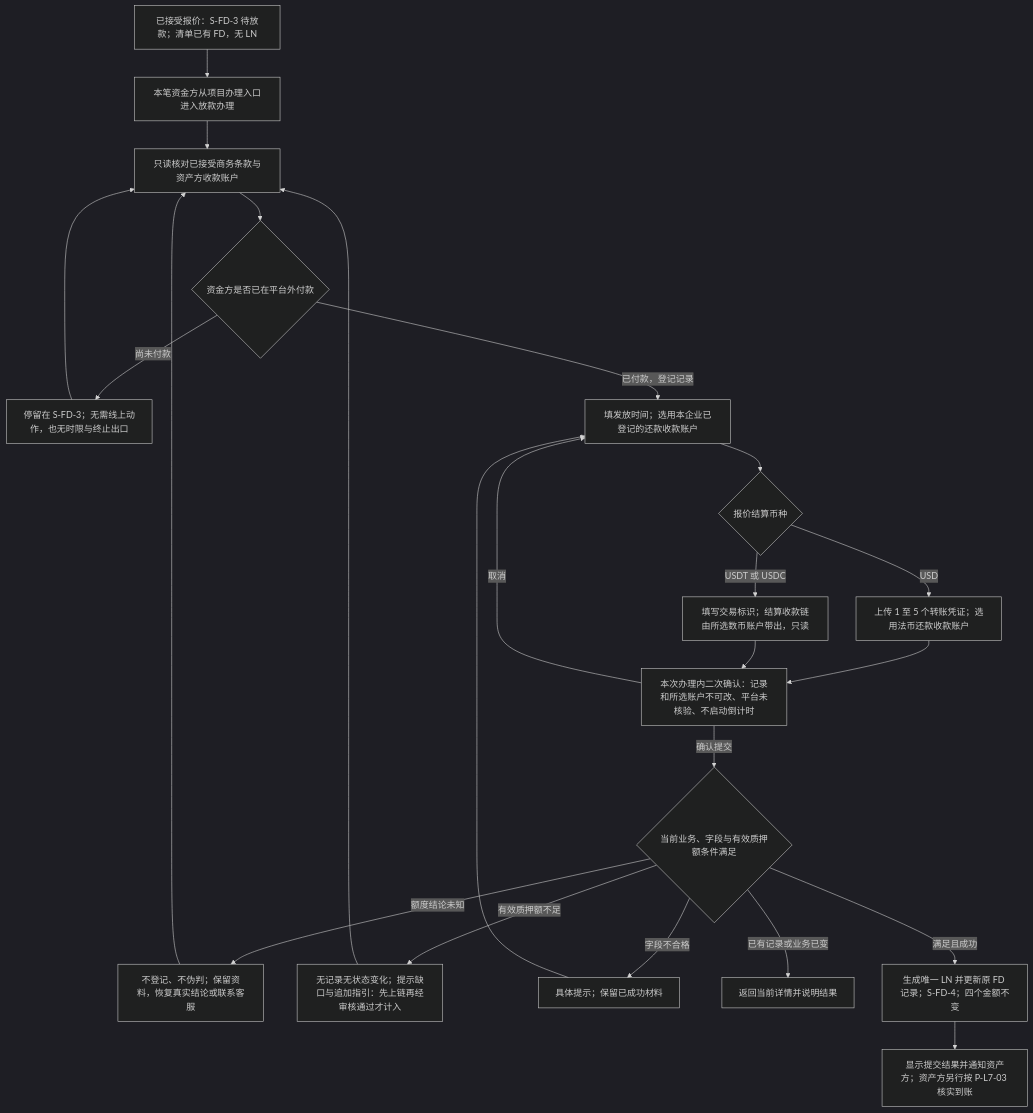
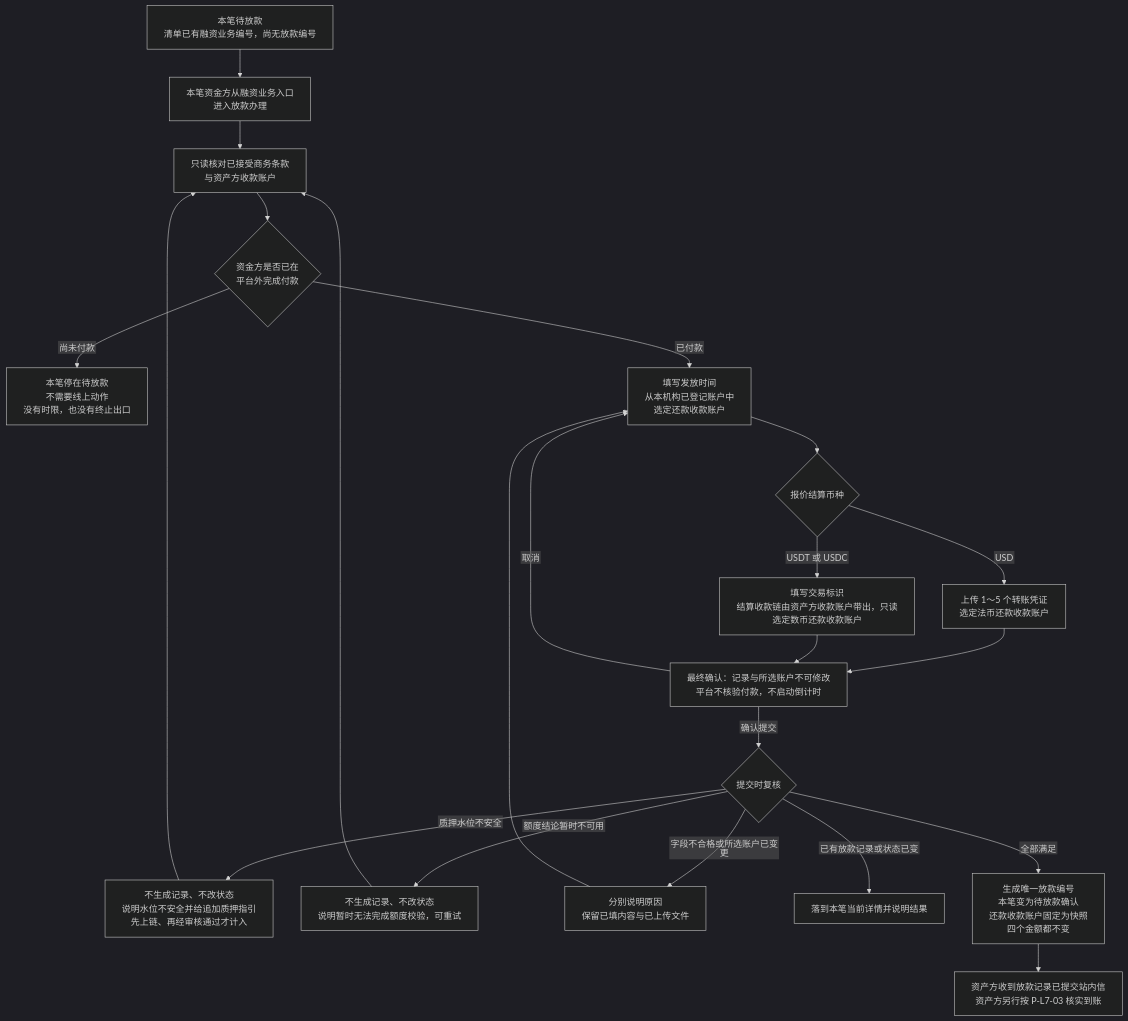
The second of 4 diagrams in lending-platform/PRD/面客端/07-借贷广场-放款与放款确认/02-放款与放款确认-流程图与状态机.md (wxblockchain/Chain-Financing), drawn with Mermaid (dark theme) before and after one commit. The commit also changed other lines of this file and 6 other files, not shown here.

````diff
--- a/lending-platform/PRD/面客端/07-借贷广场-放款与放款确认/02-放款与放款确认-流程图与状态机.md
+++ b/lending-platform/PRD/面客端/07-借贷广场-放款与放款确认/02-放款与放款确认-流程图与状态机.md
@@ -46,25 +42,25 @@
 ```mermaid
+%%{init: {"flowchart": {"htmlLabels": false, "wrappingWidth": 400}}}%%
 flowchart TD
-  A[已接受报价：S-FD-3 待放款；清单已有 FD，无 LN] --> B[本笔资金方从项目办理入口进入放款办理]
-  B --> C[只读核对已接受商务条款与资产方收款账户]
-  C --> D{资金方是否已在平台外付款}
-  D -->|尚未付款| E[停留在 S-FD-3；无需线上动作，也无时限与终止出口]
-  E --> C
-  D -->|已付款，登记记录| F[填发放时间；选用本企业已登记的还款收款账户]
-  F --> G{报价结算币种}
-  G -->|USD| I[上传 1 至 5 个转账凭证；选用法币还款收款账户]
-  G -->|USDT 或 USDC| J[填写交易标识；结算收款链由所选数币账户带出，只读]
-  I --> K[本次办理内二次确认：记录和所选账户不可改、平台未核验、不启动倒计时]
-  J --> K
-  K -->|取消| F
-  K -->|确认提交| V{当前业务、字段与有效质押额条件满足}
-  V -->|额度结论未知| WU[不登记、不伪判；保留资料，恢复真实结论或联系客服]
-  WU --> C
-  V -->|有效质押额不足| W[无记录无状态变化；提示缺口与追加指引：先上链再经审核通过才计入]
-  W --> C
-  V -->|字段不合格| X[具体提示；保留已成功材料]
-  X --> F
-  V -->|已有记录或业务已变| Y[返回当前详情并说明结果]
-  V -->|满足且成功| N[生成唯一 LN 并更新原 FD 记录；S-FD-4；四个金额不变]
-  N --> O[显示提交结果并通知资产方；资产方另行按 P-L7-03 核实到账]
+  A["本笔待放款<br/>清单已有融资业务编号，尚无放款编号"] --> B["本笔资金方从融资业务入口<br/>进入放款办理"]
+  B --> C["只读核对已接受商务条款<br/>与资产方收款账户"]
+  C --> D{"资金方是否已在<br/>平台外完成付款"}
+  D -->|"尚未付款"| E["本笔停在待放款<br/>不需要线上动作<br/>没有时限，也没有终止出口"]
+  D -->|"已付款"| F["填写发放时间<br/>从本机构已登记账户中<br/>选定还款收款账户"]
+  F --> G{"报价结算币种"}
+  G -->|"USD"| H["上传 1～5 个转账凭证<br/>选定法币还款收款账户"]
+  G -->|"USDT 或 USDC"| I["填写交易标识<br/>结算收款链由资产方收款账户带出，只读<br/>选定数币还款收款账户"]
+  H --> J["最终确认：记录与所选账户不可修改<br/>平台不核验付款，不启动倒计时"]
+  I --> J
+  J -->|"取消"| F
+  J -->|"确认提交"| K{"提交时复核"}
+  K -->|"质押水位不安全"| L["不生成记录、不改状态<br/>说明水位不安全并给追加质押指引<br/>先上链、再经审核通过才计入"]
+  K -->|"额度结论暂时不可用"| M["不生成记录、不改状态<br/>说明暂时无法完成额度校验，可重试"]
+  K -->|"字段不合格或所选账户已变更"| N["分别说明原因<br/>保留已填内容与已上传文件"]
+  K -->|"已有放款记录或状态已变"| O["落到本笔当前详情并说明结果"]
+  K -->|"全部满足"| P["生成唯一放款编号<br/>本笔变为待放款确认<br/>还款收款账户固定为快照<br/>四个金额都不变"]
+  L --> C
+  M --> C
+  N --> F
+  P --> Q["资产方收到放款记录已提交站内信<br/>资产方另行按 P-L7-03 核实到账"]
 ```
````
